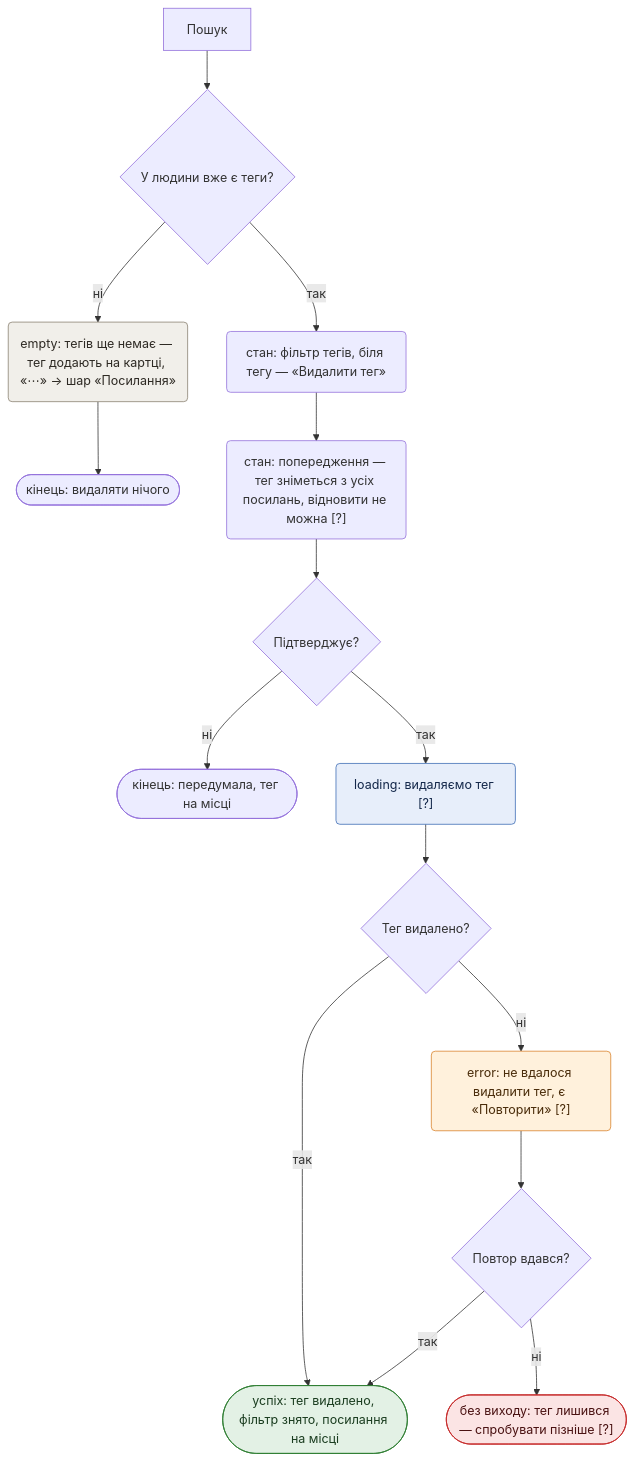
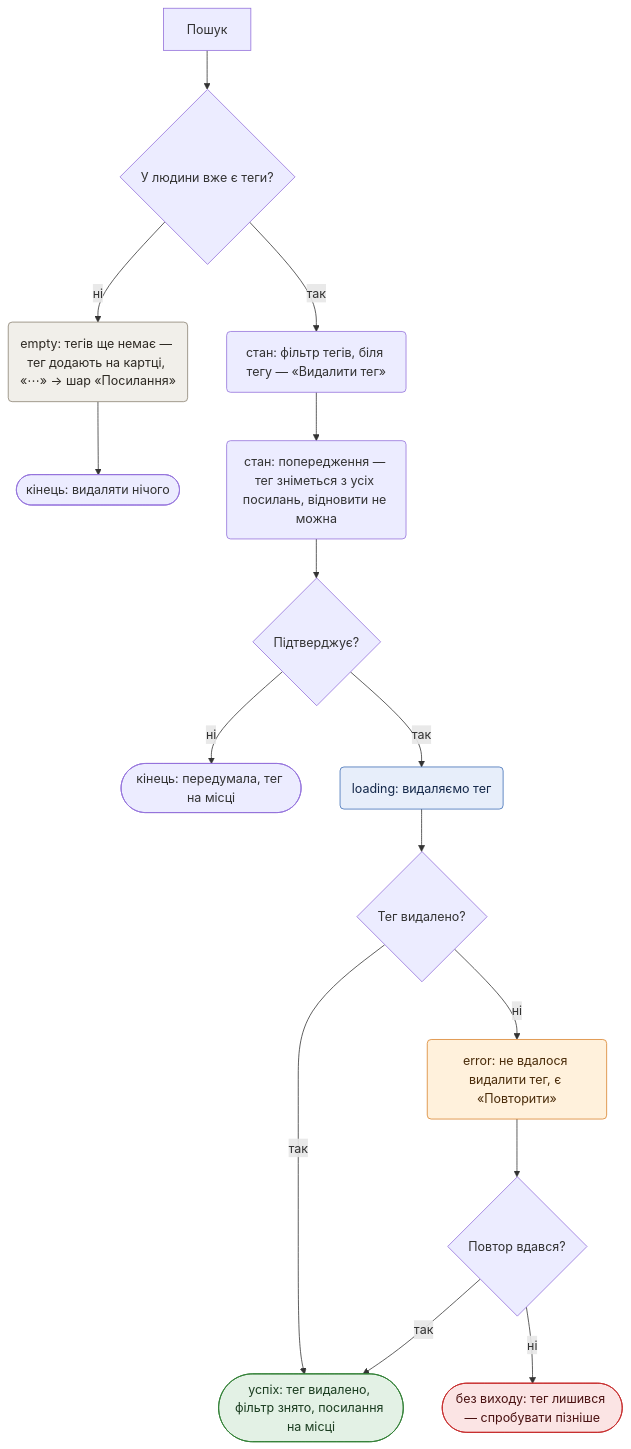
The fifth of 6 diagrams in flows.md (OlenaKras95/shukhliada-app), drawn with Mermaid before and after one commit. The commit also changed other lines of this file and 6 other files, not shown here.

First line of the commit message:
Реєстри: позначки [?] знято в sitemap.md, flows.md і ia.html

````diff
--- a/flows.md
+++ b/flows.md
@@ -520,28 +520,28 @@
 ```mermaid
 flowchart TD
     search[Пошук] --> dHasTags{"У людини вже є теги?"}
     dHasTags -->|ні| emptyTags("empty: тегів ще немає — тег додають на картці, «⋯» → шар «Посилання»")
     emptyTags --> endNoTags(["кінець: видаляти нічого"])
     dHasTags -->|так| tagFilter("стан: фільтр тегів, біля тегу — «Видалити тег»")
-    tagFilter --> tagWarn("стан: попередження — тег зніметься з усіх посилань, відновити не можна [?]")
+    tagFilter --> tagWarn("стан: попередження — тег зніметься з усіх посилань, відновити не можна")
     tagWarn --> dTagSure{"Підтверджує?"}
     dTagSure -->|ні| endTagKeep(["кінець: передумала, тег на місці"])
-    dTagSure -->|так| delTag("loading: видаляємо тег [?]")
+    dTagSure -->|так| delTag("loading: видаляємо тег")
     delTag --> dTagDel{"Тег видалено?"}
     dTagDel -->|так| okTag(["успіх: тег видалено, фільтр знято, посилання на місці"])
-    dTagDel -->|ні| errTag("error: не вдалося видалити тег, є «Повторити» [?]")
+    dTagDel -->|ні| errTag("error: не вдалося видалити тег, є «Повторити»")
     errTag --> dTagRetry{"Повтор вдався?"}
     dTagRetry -->|так| okTag
-    dTagRetry -->|ні| deadTag(["без виходу: тег лишився — спробувати пізніше [?]"])
+    dTagRetry -->|ні| deadTag(["без виходу: тег лишився — спробувати пізніше"])
 
     classDef cOk fill:#e3f1e5,stroke:#2e7d32,color:#1b3d20
     classDef cDead fill:#fbe4e4,stroke:#c62828,color:#4a1212
     classDef cErr fill:#fff1dc,stroke:#d9822b,color:#4a2c0a
     classDef cLoad fill:#e7eefa,stroke:#3d6db5,color:#14284a
     class okTag cOk
     class deadTag cDead
     class errTag cErr
     class delTag cLoad
     classDef cEmpty fill:#f1efea,stroke:#8a8172,color:#2e2a24
     class emptyTags cEmpty
 ```
````
